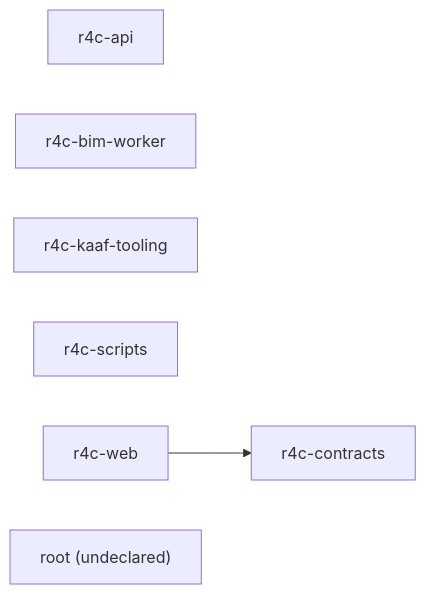
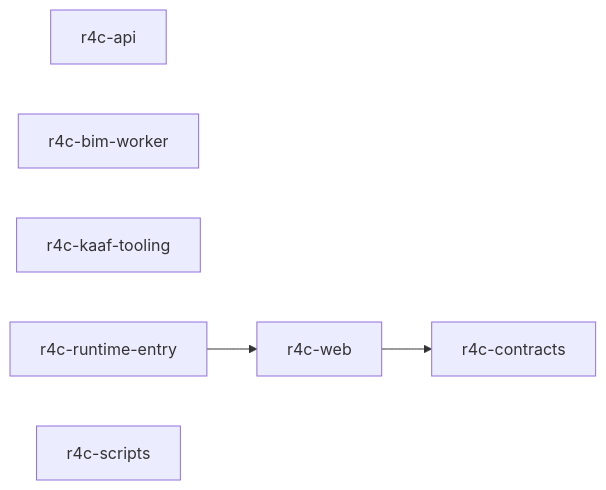
Before and after one commit to Islamce/R4C: the diagram in .ai/summary.md, drawn with Mermaid. The commit also changed other lines of this file and 27 other files, not shown here.

````diff
--- a/.ai/summary.md
+++ b/.ai/summary.md
@@ -33,11 +33,12 @@
 ```mermaid
 graph LR
   r4c_api["r4c-api"]
   r4c_bim_worker["r4c-bim-worker"]
   r4c_contracts["r4c-contracts"]
   r4c_kaaf_tooling["r4c-kaaf-tooling"]
+  r4c_runtime_entry["r4c-runtime-entry"]
   r4c_scripts["r4c-scripts"]
   r4c_web["r4c-web"]
-  root["root (undeclared)"]
+  r4c_runtime_entry --> r4c_web
   r4c_web --> r4c_contracts
 ```
````
